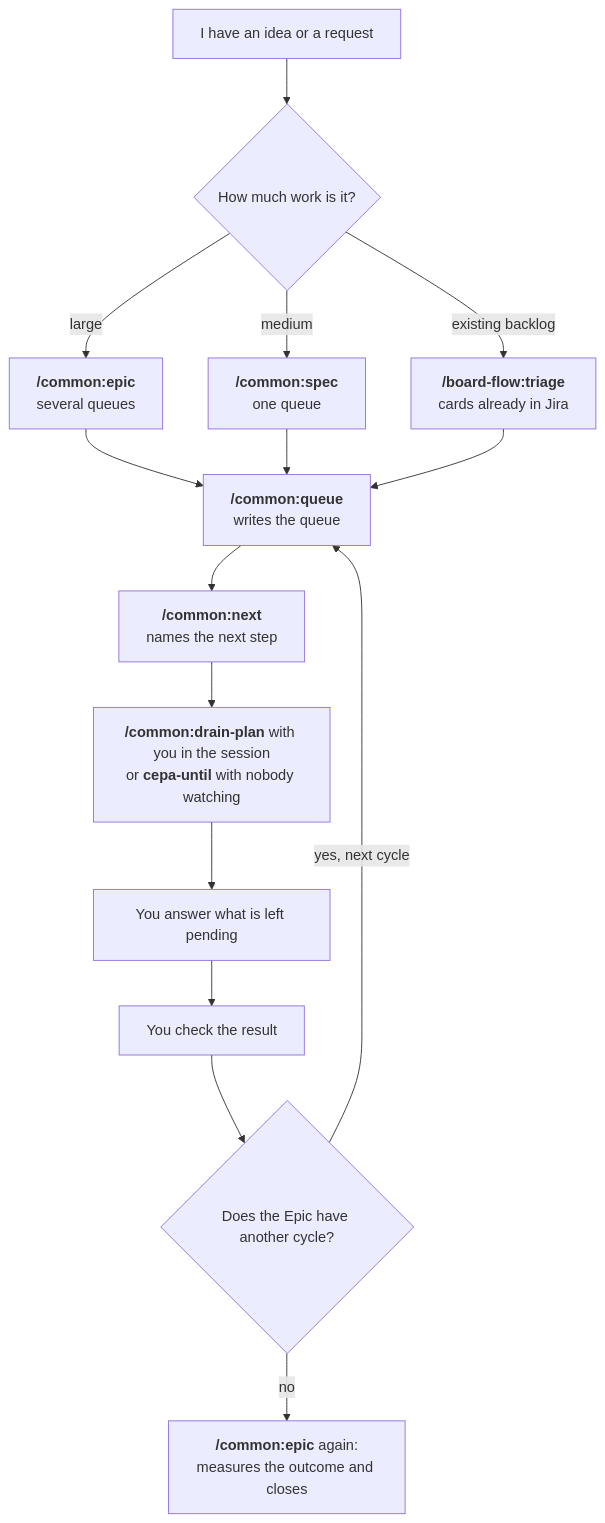
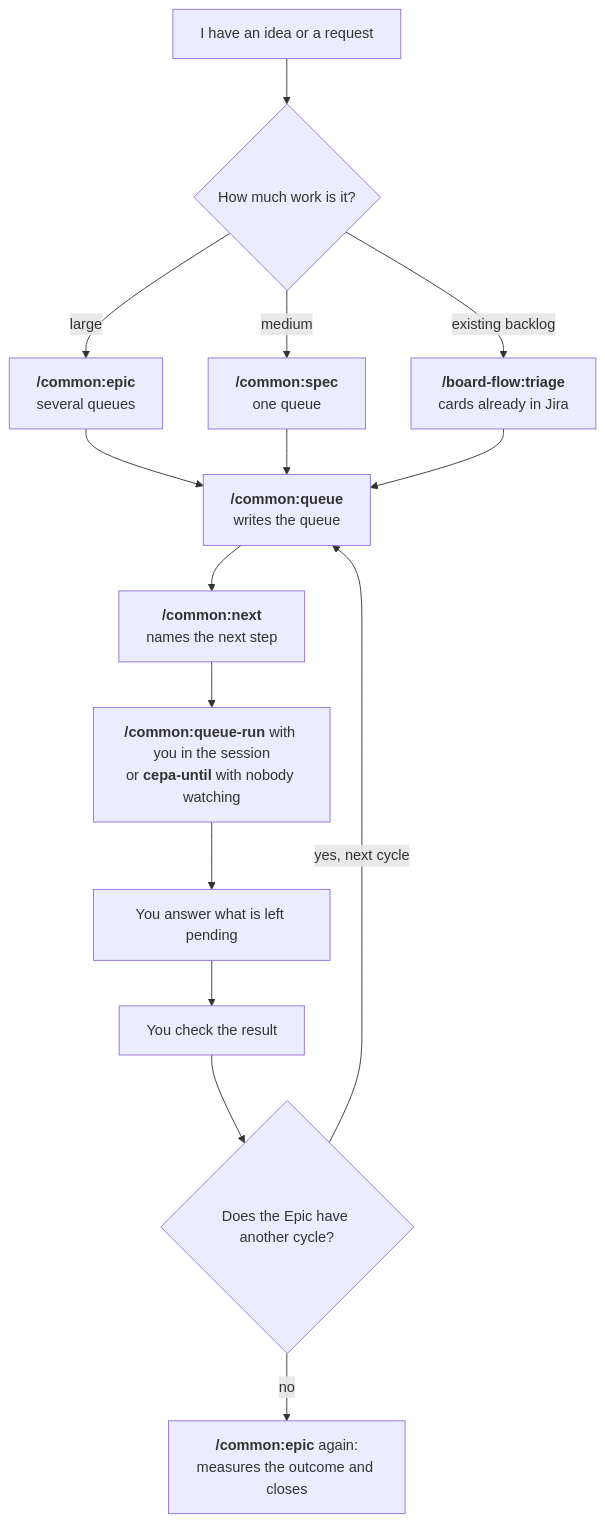
One commit to alegomes/cepa changed the diagram in docs/workflow.md. Above: the diagram before and after it, drawn with Mermaid. The commit also changed other lines of this file and 70 other files, not shown here.

First line of the commit message:
Slash commands take their new names: queue-run, run-review, worktree-rename; the old names and the three aliases are gone (CS-3)

````diff
--- a/docs/workflow.md
+++ b/docs/workflow.md
@@ -7,26 +7,26 @@
 ```mermaid
 flowchart TB
     idea["I have an idea or a request"]
     size{"How much work is it?"}
     epic["<b>/common:epic</b><br/>several queues"]
     spec["<b>/common:spec</b><br/>one queue"]
     triage["<b>/board-flow:triage</b><br/>cards already in Jira"]
     queue["<b>/common:queue</b><br/>writes the queue"]
     next["<b>/common:next</b><br/>names the next step"]
-    exec["<b>/common:drain-plan</b> with you in the session<br/>or <b>cepa-until</b> with nobody watching"]
+    exec["<b>/common:queue-run</b> with you in the session<br/>or <b>cepa-until</b> with nobody watching"]
     answer["You answer what is left pending"]
     check["You check the result"]
     more{"Does the Epic have another cycle?"}
     done["<b>/common:epic</b> again:<br/>measures the outcome and closes"]
 
     idea --> size
     size -- "large" --> epic
     size -- "medium" --> spec
     size -- "existing backlog" --> triage
     epic --> queue
     spec --> queue
     triage --> queue
     queue --> next --> exec --> answer --> check --> more
     more -- "yes, next cycle" --> queue
     more -- "no" --> done
 ```
````
